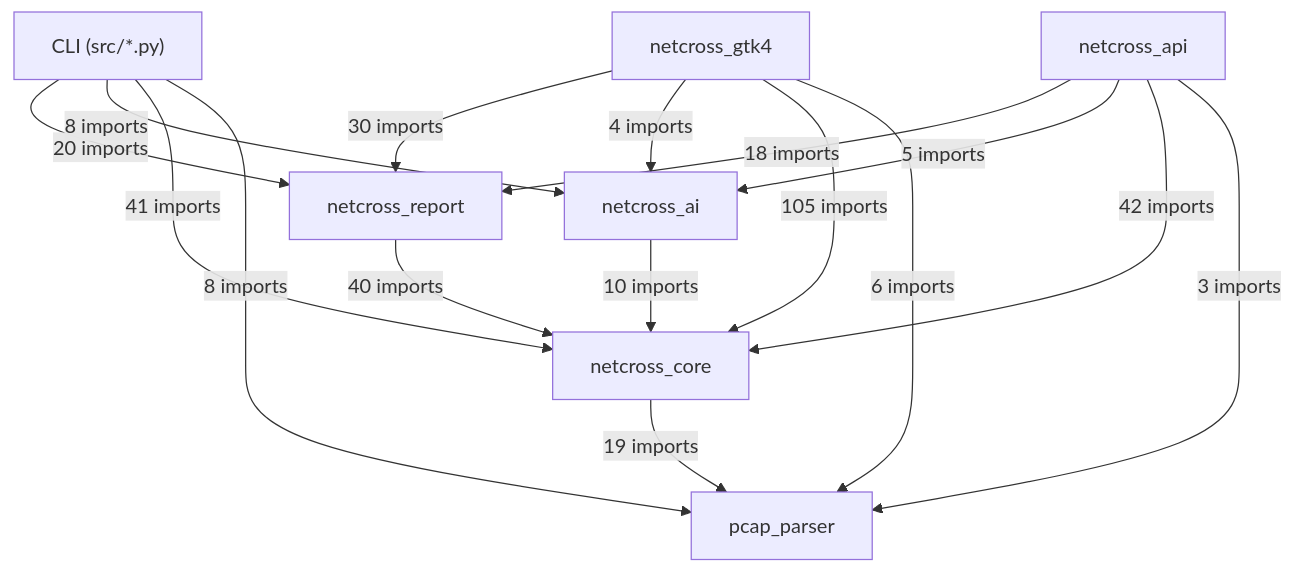
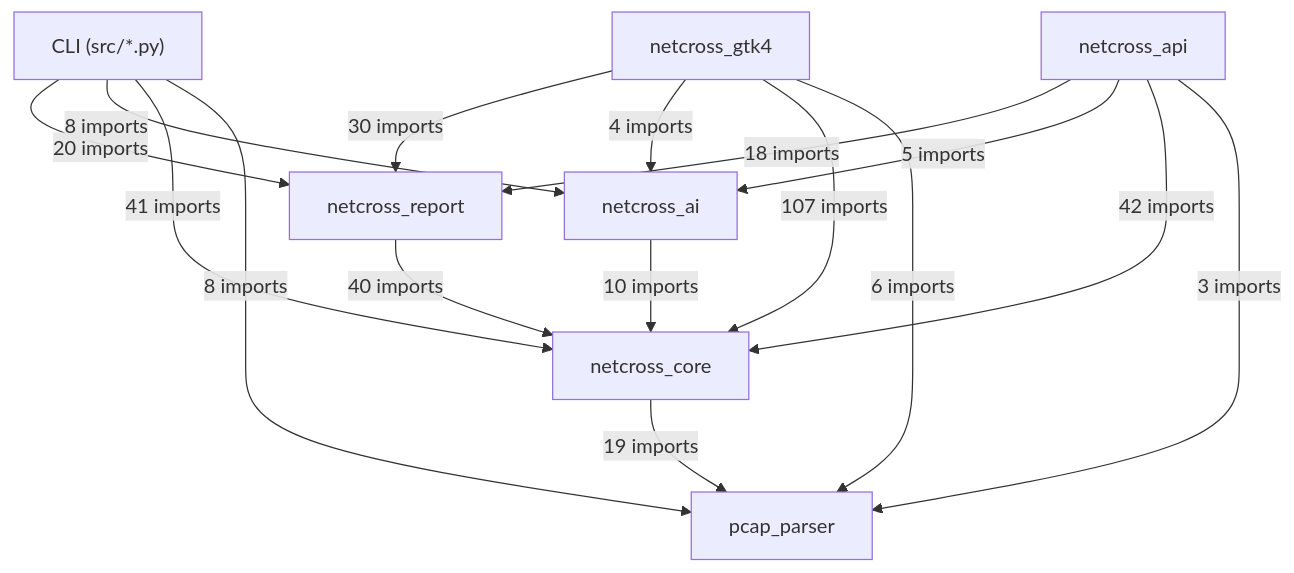
The first of 20 diagrams in docs/class-diagram.md (Mathide-Team/Netcross), drawn with Mermaid before and after one commit. The commit also changed other lines of this file, not shown here.

Commit message:
chore: régénère class-diagram/openapi après fusion de dev

````diff
--- a/docs/class-diagram.md
+++ b/docs/class-diagram.md
@@ -26,25 +26,25 @@
 ```mermaid
 flowchart TD
     CLI["CLI (src/*.py)"]
     netcross_gtk4["netcross_gtk4"]
     netcross_api["netcross_api"]
     netcross_report["netcross_report"]
     netcross_ai["netcross_ai"]
     netcross_core["netcross_core"]
     pcap_parser["pcap_parser"]
     CLI -->|"20 imports"| netcross_report
     CLI -->|"8 imports"| netcross_ai
     CLI -->|"41 imports"| netcross_core
     CLI -->|"8 imports"| pcap_parser
     netcross_gtk4 -->|"30 imports"| netcross_report
     netcross_gtk4 -->|"4 imports"| netcross_ai
-    netcross_gtk4 -->|"105 imports"| netcross_core
+    netcross_gtk4 -->|"107 imports"| netcross_core
     netcross_gtk4 -->|"6 imports"| pcap_parser
     netcross_api -->|"18 imports"| netcross_report
     netcross_api -->|"5 imports"| netcross_ai
     netcross_api -->|"42 imports"| netcross_core
     netcross_api -->|"3 imports"| pcap_parser
     netcross_report -->|"40 imports"| netcross_core
     netcross_ai -->|"10 imports"| netcross_core
     netcross_core -->|"19 imports"| pcap_parser
 ```
````
